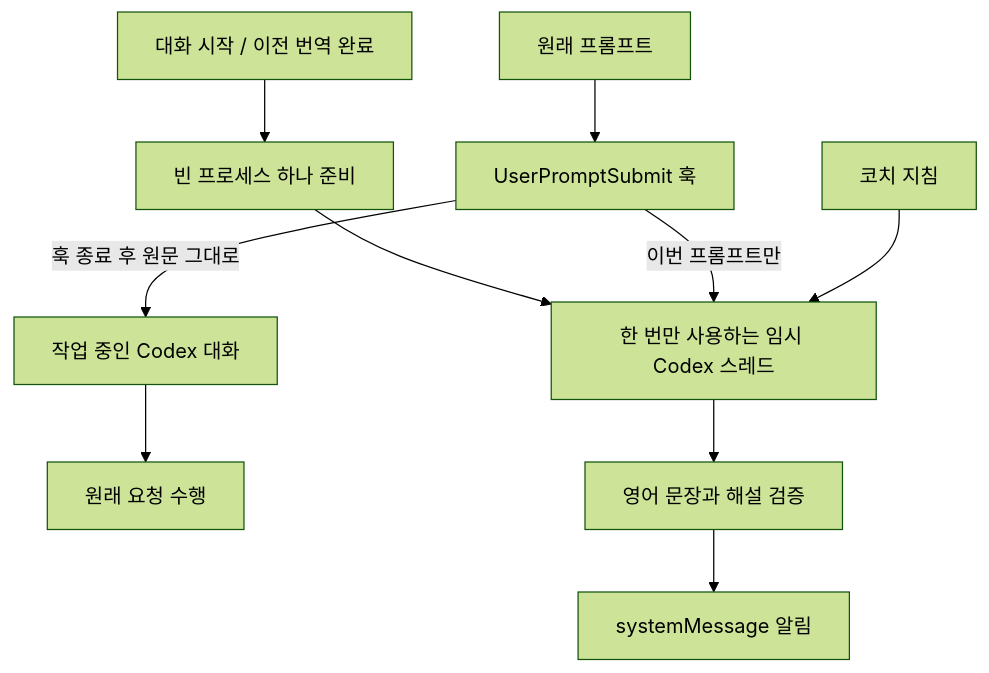
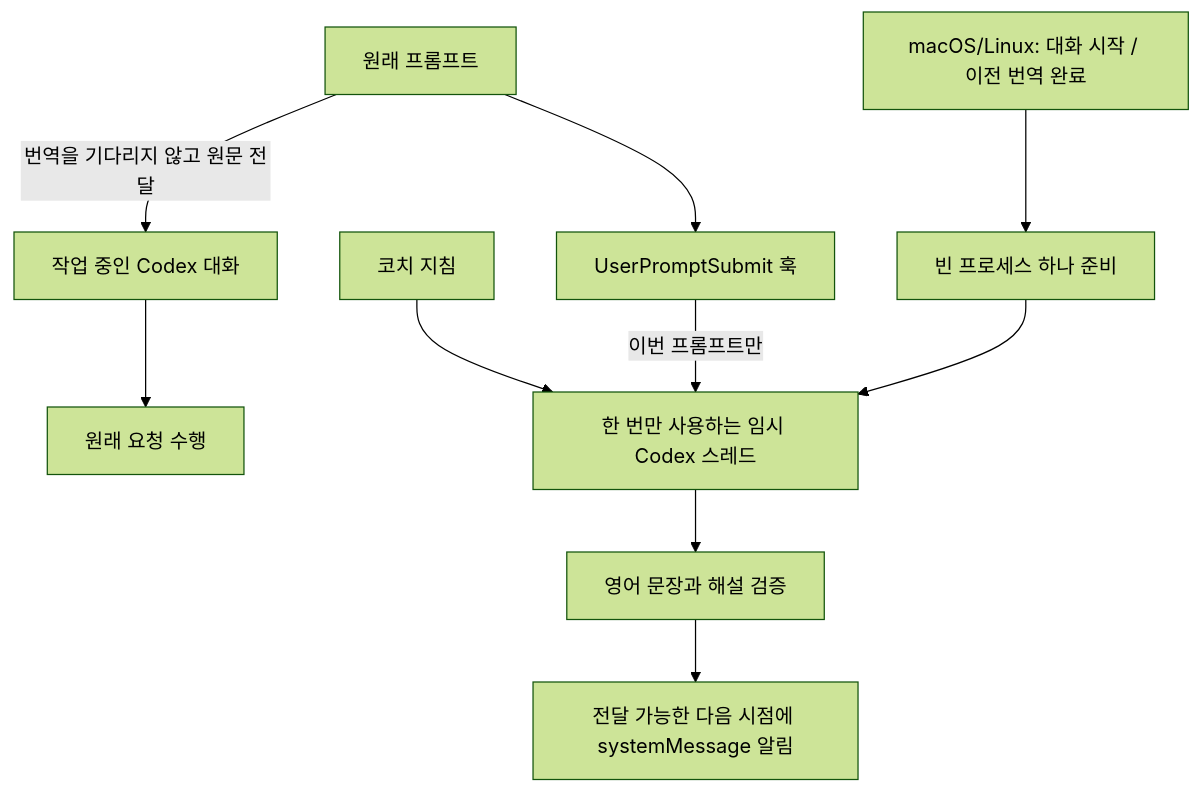
Before and after one commit to sngchlko/dev-lingo: the diagram in README.ko.md, drawn with Mermaid (forest theme). The commit also changed other lines of this file and 8 other files, not shown here.

````diff
--- a/README.ko.md
+++ b/README.ko.md
@@ -199,12 +199,12 @@
 ```mermaid
 flowchart TD
-    S["대화 시작 / 이전 번역 완료"] --> P["빈 프로세스 하나 준비"]
+    S["macOS/Linux: 대화 시작 / 이전 번역 완료"] --> P["빈 프로세스 하나 준비"]
     U["원래 프롬프트"] --> H["UserPromptSubmit 훅"]
-    H -->|"훅 종료 후 원문 그대로"| M["작업 중인 Codex 대화"]
+    U -->|"번역을 기다리지 않고 원문 전달"| M["작업 중인 Codex 대화"]
     M --> W["원래 요청 수행"]
     P --> T["한 번만 사용하는 임시 Codex 스레드"]
     H -->|"이번 프롬프트만"| T
     C["코치 지침"] --> T
     T --> V["영어 문장과 해설 검증"]
-    V --> N["systemMessage 알림"]
+    V --> N["전달 가능한 다음 시점에 systemMessage 알림"]
 ```
````
